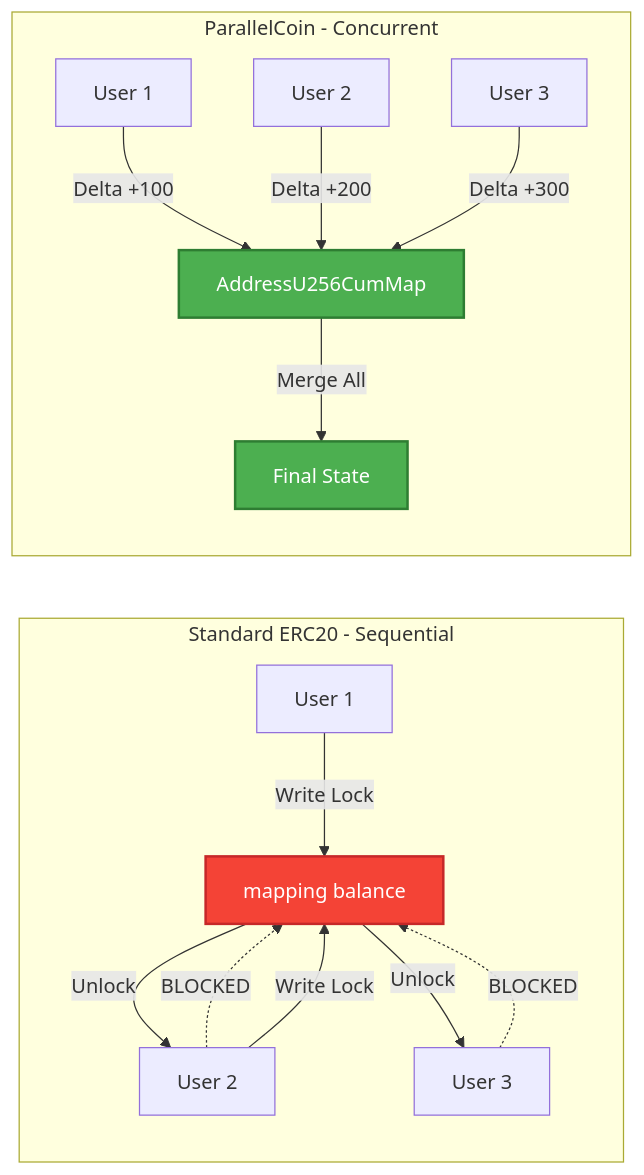
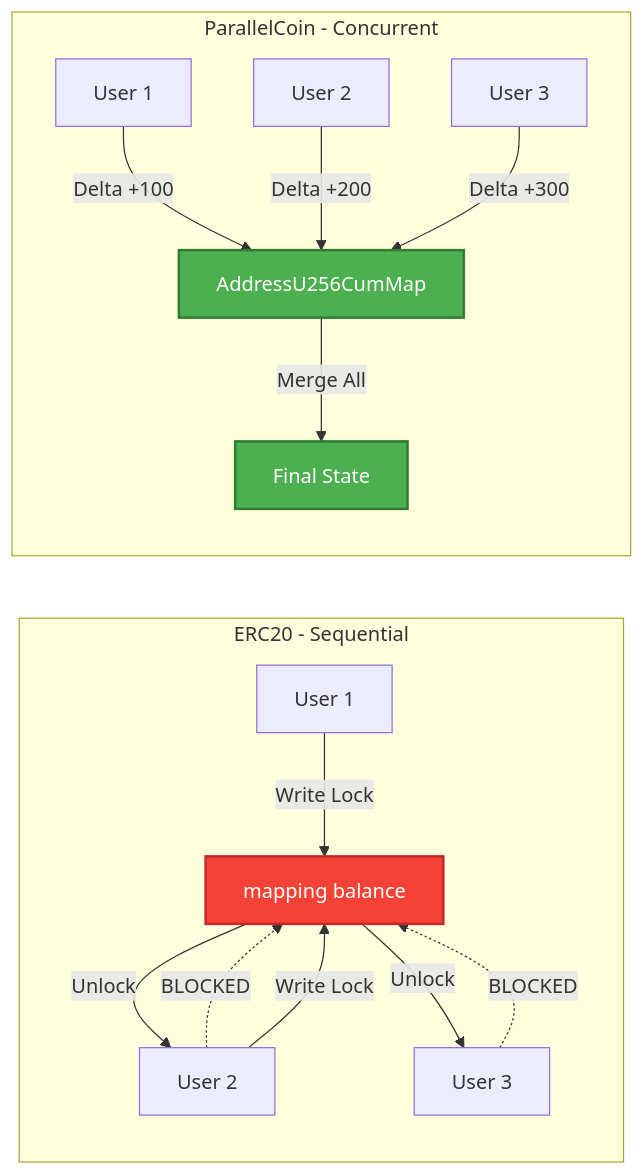
Before and after one commit to FrankiePower/parallel-insurance-protocol: the second of 7 diagrams in README.md, drawn with Mermaid. The commit also changed other lines of this file, not shown here.

````diff
--- a/README.md
+++ b/README.md
@@ -79,22 +72,22 @@
 ```mermaid
 flowchart LR
-    subgraph Standard["Standard ERC20 - Sequential"]
+    subgraph Standard["ERC20 - Sequential"]
         A1[User 1] -->|Write Lock| M1[mapping balance]
         A2[User 2] -.->|BLOCKED| M1
         A3[User 3] -.->|BLOCKED| M1
         M1 -->|Unlock| A2
         A2 -->|Write Lock| M1
         M1 -->|Unlock| A3
     end
 
     subgraph Parallel["ParallelCoin - Concurrent"]
         B1[User 1] -->|Delta +100| CM[AddressU256CumMap]
         B2[User 2] -->|Delta +200| CM
         B3[User 3] -->|Delta +300| CM
         CM -->|Merge All| R[Final State]
     end
 
     style M1 fill:#f44336,stroke:#c62828,stroke-width:2px,color:#fff
     style CM fill:#4CAF50,stroke:#2E7D32,stroke-width:2px,color:#fff
     style R fill:#4CAF50,stroke:#2E7D32,stroke-width:2px,color:#fff
 ```
````
